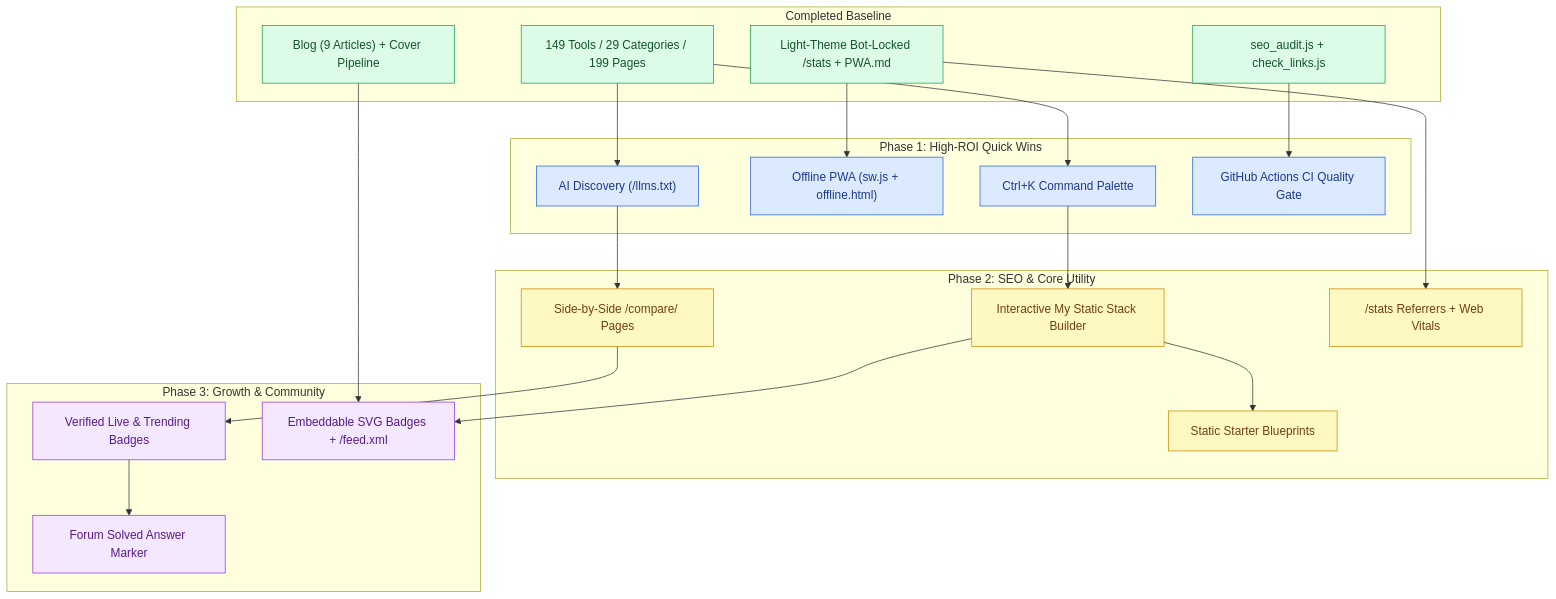
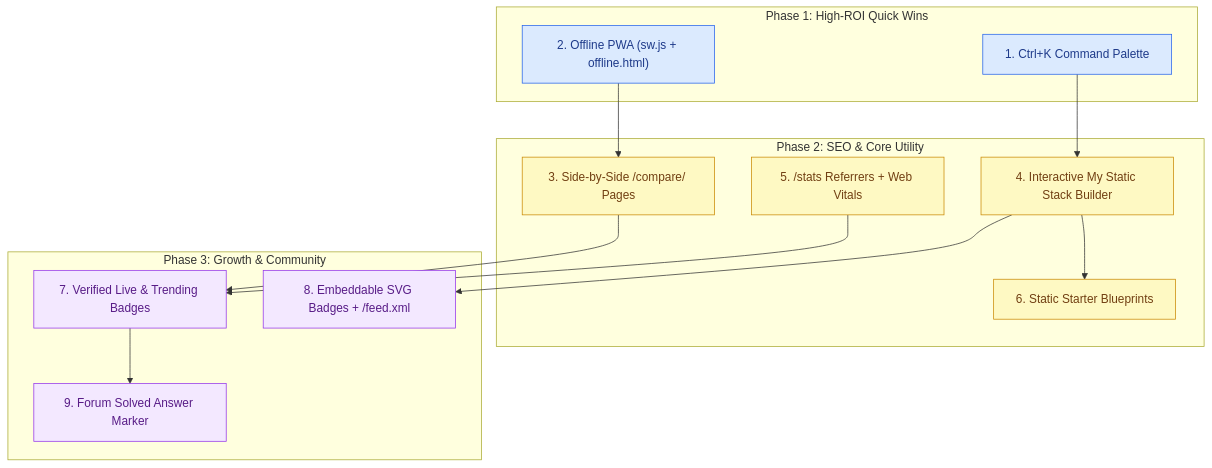
One commit to E6WeB/htmlstatic changed the diagram in suggest.md. Above: the diagram before and after it, drawn with Mermaid. The commit also changed other lines of this file and 188 other files, not shown here.

````diff
--- a/suggest.md
+++ b/suggest.md
@@ -117,47 +80,32 @@
 ```mermaid
 flowchart TD
-    classDef done fill:#dcfce7,stroke:#16a34a,color:#14532d
     classDef phase1 fill:#dbeafe,stroke:#2563eb,color:#1e3a8a
     classDef phase2 fill:#fef9c3,stroke:#ca8a04,color:#713f12
     classDef phase3 fill:#f3e8ff,stroke:#9333ea,color:#581c87
 
-    subgraph "Completed Baseline"
-        D1["149 Tools / 29 Categories / 199 Pages"]:::done
-        D2["Blog (9 Articles) + Cover Pipeline"]:::done
-        D3["seo_audit.js + check_links.js"]:::done
-        D4["Light-Theme Bot-Locked /stats + PWA.md"]:::done
-    end
-
     subgraph "Phase 1: High-ROI Quick Wins"
-        P1A["Ctrl+K Command Palette"]:::phase1
-        P1B["Offline PWA (sw.js + offline.html)"]:::phase1
-        P1C["AI Discovery (/llms.txt)"]:::phase1
-        P1D["GitHub Actions CI Quality Gate"]:::phase1
+        P1A["1. Ctrl+K Command Palette"]:::phase1
+        P1B["2. Offline PWA (sw.js + offline.html)"]:::phase1
     end
 
     subgraph "Phase 2: SEO & Core Utility"
-        P2A["Side-by-Side /compare/ Pages"]:::phase2
-        P2B["Interactive My Static Stack Builder"]:::phase2
-        P2C["Static Starter Blueprints"]:::phase2
-        P2D["/stats Referrers + Web Vitals"]:::phase2
+        P2A["3. Side-by-Side /compare/ Pages"]:::phase2
+        P2B["4. Interactive My Static Stack Builder"]:::phase2
+        P2C["5. /stats Referrers + Web Vitals"]:::phase2
+        P2D["6. Static Starter Blueprints"]:::phase2
     end
 
     subgraph "Phase 3: Growth & Community"
-        P3A["Verified Live & Trending Badges"]:::phase3
-        P3B["Embeddable SVG Badges + /feed.xml"]:::phase3
-        P3C["Forum Solved Answer Marker"]:::phase3
+        P3A["7. Verified Live & Trending Badges"]:::phase3
+        P3B["8. Embeddable SVG Badges + /feed.xml"]:::phase3
+        P3C["9. Forum Solved Answer Marker"]:::phase3
     end
 
-    D1 --> P1A
-    D4 --> P1B
-    D1 --> P1C
-    D3 --> P1D
     P1A --> P2B
-    P1C --> P2A
-    P2B --> P2C
-    D4 --> P2D
+    P1B --> P2A
+    P2B --> P2D
     P2A --> P3A
     P2B --> P3B
-    D2 --> P3B
+    P2C --> P3A
     P3A --> P3C
 ```
````
